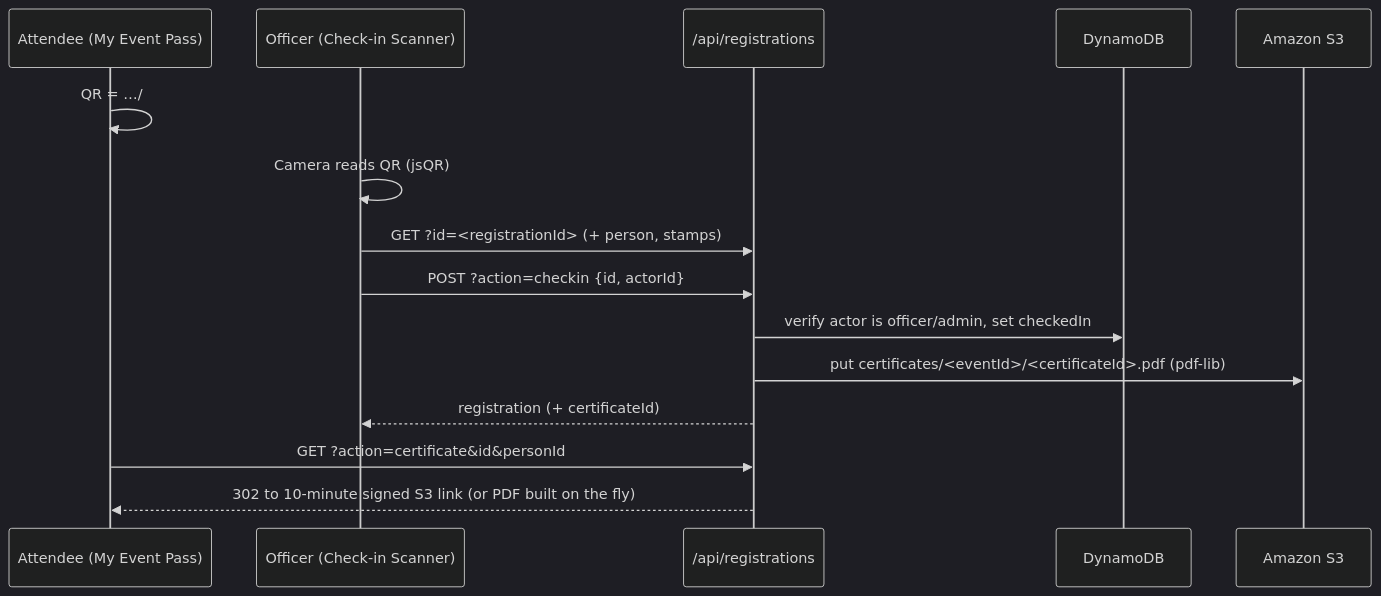
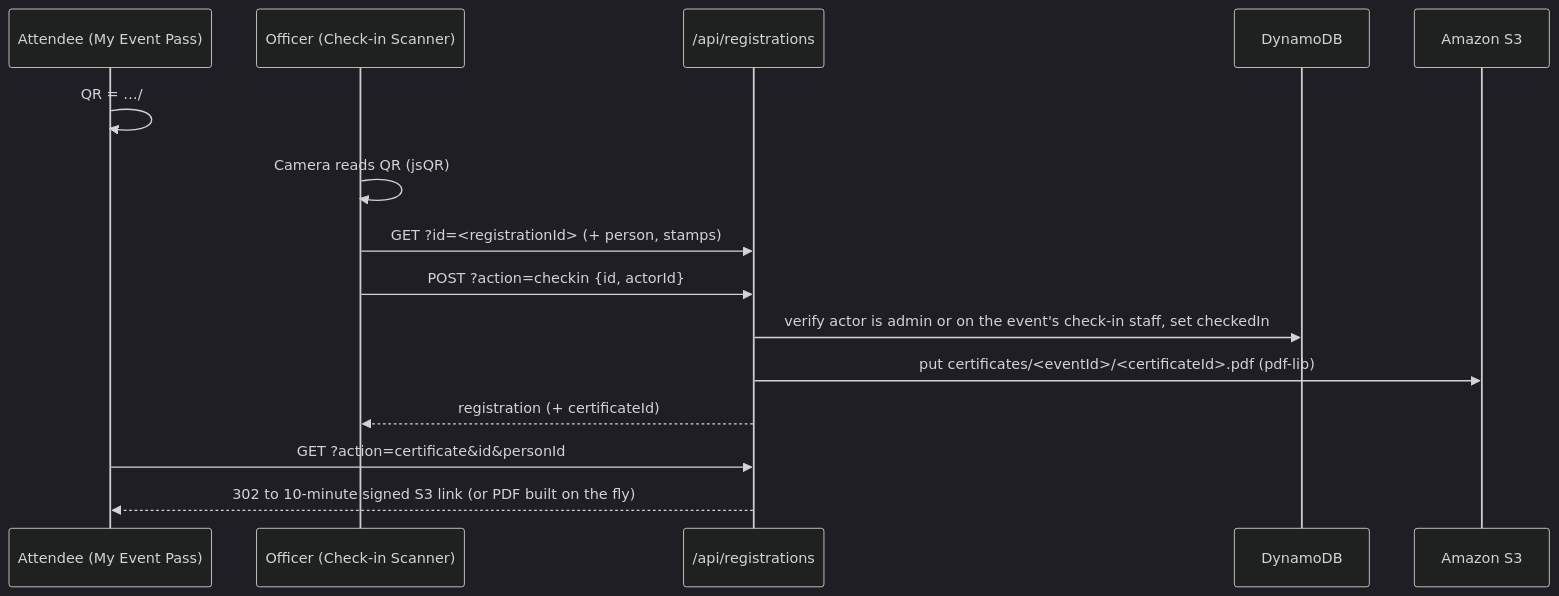
Before and after one commit to mochatakahashi/aws-event-tracker-app: the second of 3 diagrams in ARCHITECTURE.md, drawn with Mermaid (dark theme). The commit also changed other lines of this file and 40 other files, not shown here.

Commit message:
feat: per-session attendance picks, event staff permissions for stamps and check-in, officer badges

````diff
--- a/ARCHITECTURE.md
+++ b/ARCHITECTURE.md
@@ -172,17 +172,17 @@
 ```mermaid
 sequenceDiagram
     participant A as Attendee (My Event Pass)
     participant O as Officer (Check-in Scanner)
     participant API as /api/registrations
     participant DB as DynamoDB
     participant S3 as Amazon S3
     A->>A: QR = …/#/officer/scan?pass=<registrationId>
     O->>O: Camera reads QR (jsQR)
     O->>API: GET ?id=<registrationId> (+ person, stamps)
     O->>API: POST ?action=checkin {id, actorId}
-    API->>DB: verify actor is officer/admin, set checkedIn
+    API->>DB: verify actor is admin or on the event's check-in staff, set checkedIn
     API->>S3: put certificates/<eventId>/<certificateId>.pdf (pdf-lib)
     API-->>O: registration (+ certificateId)
     A->>API: GET ?action=certificate&id&personId
     API-->>A: 302 to 10-minute signed S3 link (or PDF built on the fly)
 ```
````
